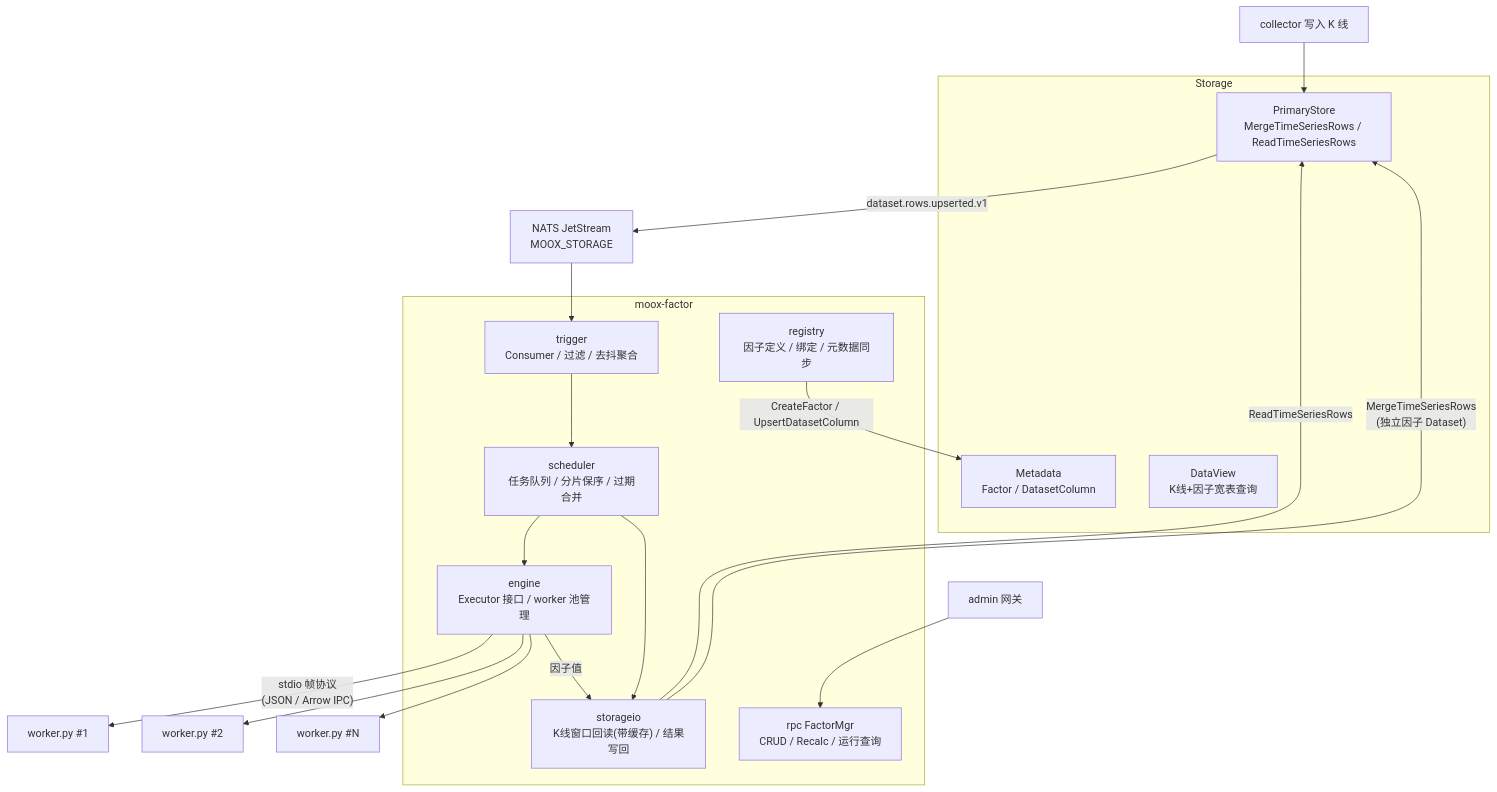
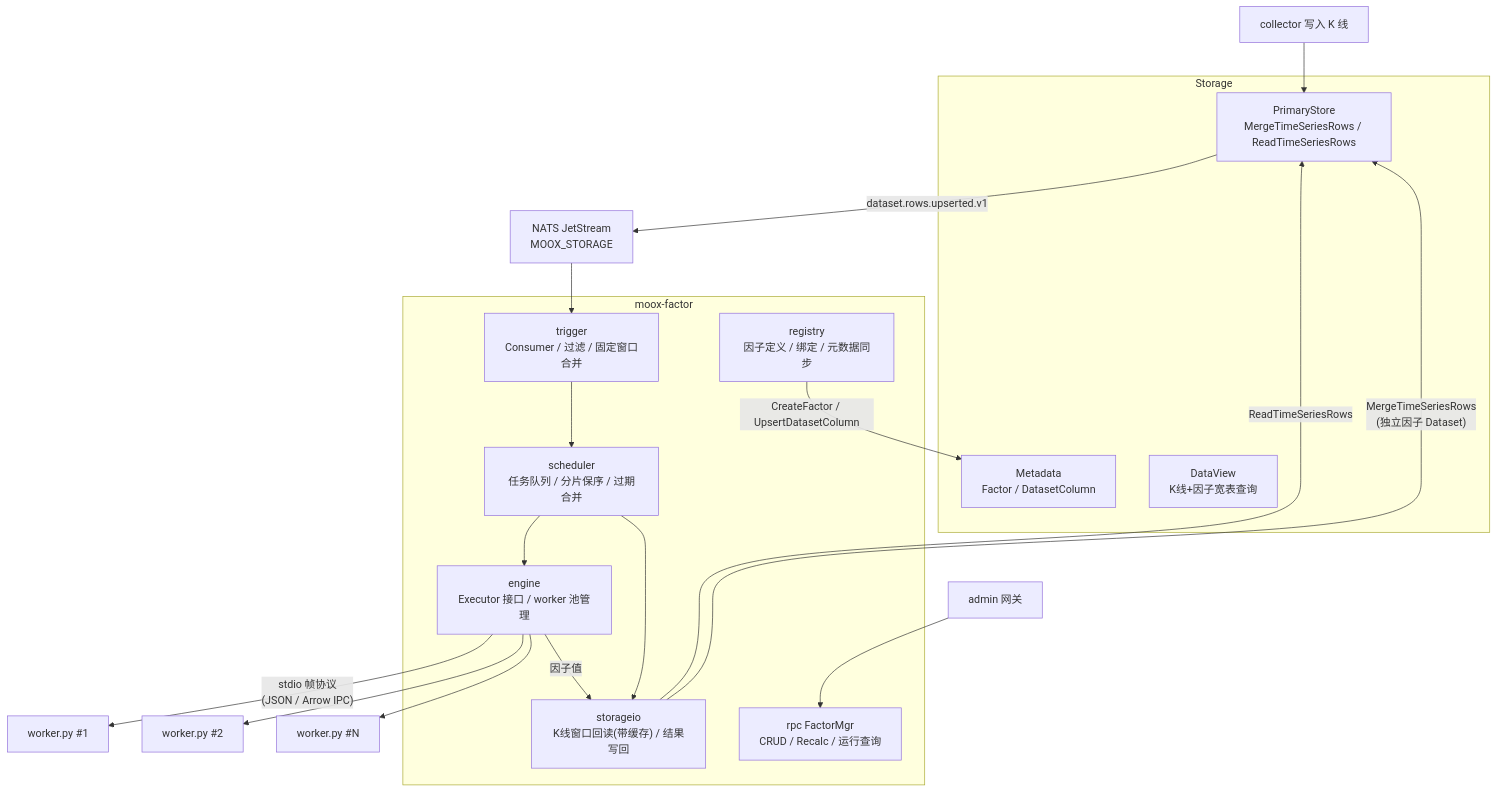
The second of 3 diagrams in docs/因子计算模块设计.md (mooyang-code/moox), drawn with Mermaid before and after one commit. The commit also changed other lines of this file and 4 other files, not shown here.

````diff
--- a/docs/因子计算模块设计.md
+++ b/docs/因子计算模块设计.md
@@ -64,31 +64,31 @@
 ```mermaid
 flowchart TB
   subgraph storage["Storage"]
     PrimaryStore["PrimaryStore<br/>MergeTimeSeriesRows / ReadTimeSeriesRows"]
     Meta["Metadata<br/>Factor / DatasetColumn"]
     View["DataView<br/>K线+因子宽表查询"]
   end
 
   Collector["collector 写入 K 线"] --> PrimaryStore
   PrimaryStore -- "dataset.rows.upserted.v1" --> JS["NATS JetStream<br/>MOOX_STORAGE"]
 
   subgraph factor["moox-factor"]
-    Trigger["trigger<br/>Consumer / 过滤 / 去抖聚合"]
+    Trigger["trigger<br/>Consumer / 过滤 / 固定窗口合并"]
     Sched["scheduler<br/>任务队列 / 分片保序 / 过期合并"]
     SIO["storageio<br/>K线窗口回读(带缓存) / 结果写回"]
     Engine["engine<br/>Executor 接口 / worker 池管理"]
     Registry["registry<br/>因子定义 / 绑定 / 元数据同步"]
     RPC["rpc FactorMgr<br/>CRUD / Recalc / 运行查询"]
   end
 
   JS --> Trigger --> Sched --> Engine
   Sched --> SIO
   SIO -- ReadTimeSeriesRows --> PrimaryStore
   Engine -- "stdio 帧协议<br/>(JSON / Arrow IPC)" --> W1["worker.py #1"]
   Engine --> W2["worker.py #2"]
   Engine --> WN["worker.py #N"]
   Engine -- 因子值 --> SIO
   SIO -- "MergeTimeSeriesRows<br/>(独立因子 Dataset)" --> PrimaryStore
   Registry -- "CreateFactor / UpsertDatasetColumn" --> Meta
   Admin["admin 网关"] --> RPC
 ```
````
